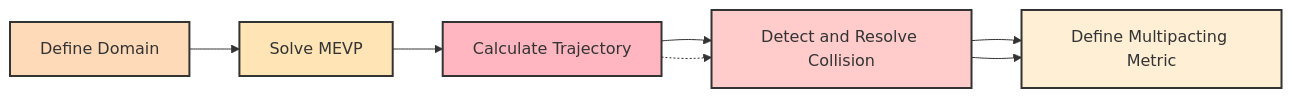
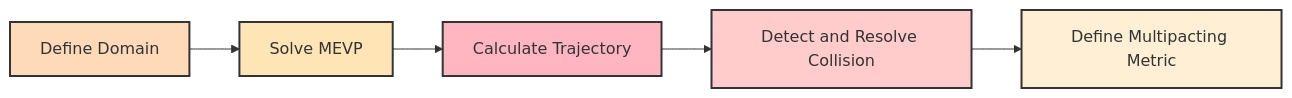
The diagram in README.md (Dark-Elektron/PyMultipact), drawn with Mermaid before and after one commit.

````diff
--- a/README.md
+++ b/README.md
@@ -15,17 +15,12 @@
 ```mermaid
 graph LR
-    A[Define Domain]:::defineDomain --> B[Solve MEVP]:::solveMevp
-    B --> C[Calculate Trajectory]:::calculateTrajectory
+    A[Define Domain]:::defineDomain --> B[Solve MEVP]:::solveMevp --> C[Calculate Trajectory]:::calculateTrajectory
     C --> D[Detect and Resolve Collision]:::detectResolveCollision
     D --> E[Define Multipacting Metric]:::defineMultipactingMetric
 
     classDef defineDomain fill:#FFDAB9,stroke:#333,stroke-width:2px;
     classDef solveMevp fill:#FFE4B5,stroke:#333,stroke-width:2px;
     classDef calculateTrajectory fill:#FFB6C1,stroke:#333,stroke-width:2px;
     classDef detectResolveCollision fill:#FFCCCB,stroke:#333,stroke-width:2px;
     classDef defineMultipactingMetric fill:#FFEFD5,stroke:#333,stroke-width:2px;
-    
-    %% Bend the arrow
-    D -->| | E
-    C -.->| | D
 ```
````
